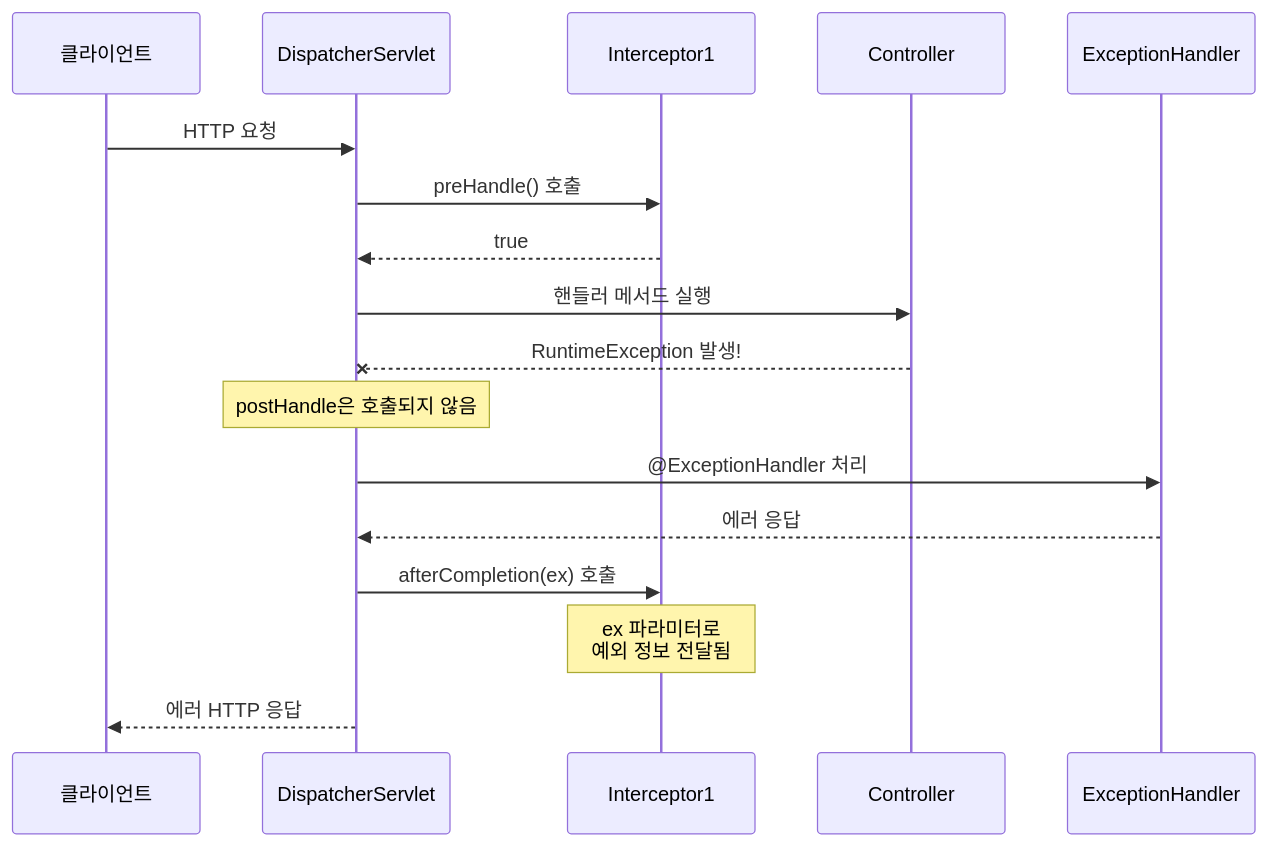
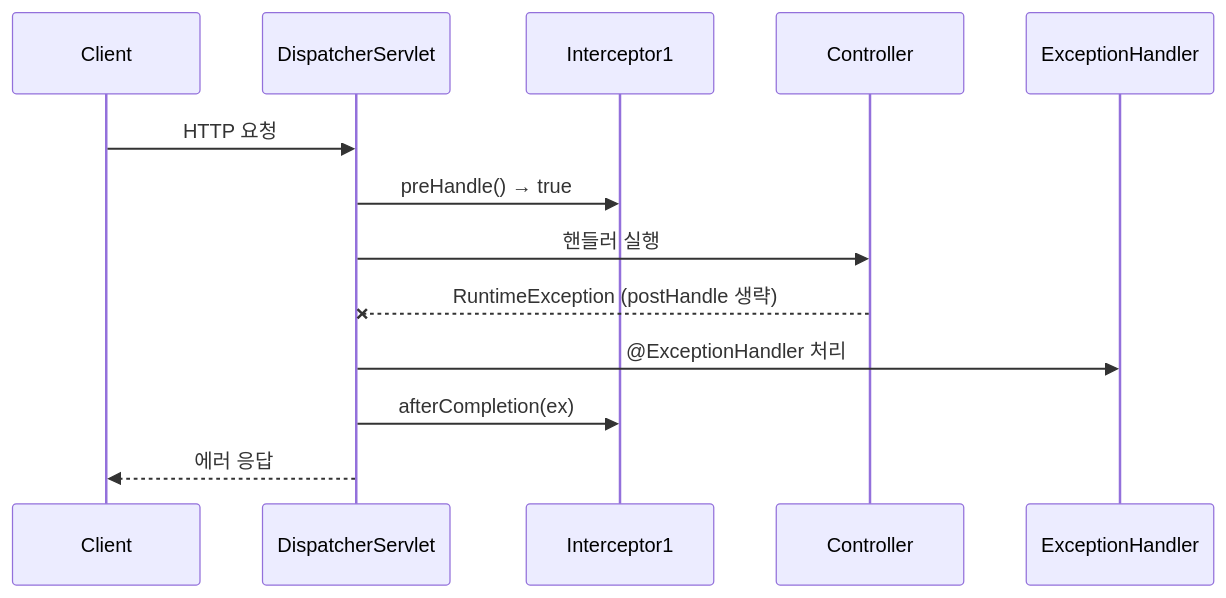
The fifth of 8 diagrams in _posts/spring/2026-05-02-spring-interceptor.md (yjkim2015/yjkim2015.github.io), drawn with Mermaid before and after one commit. The commit also changed other lines of this file and 215 other files, not shown here.

First line of the commit message:
신규 포스트 10개 추가 + Mermaid 전면 축소 + SystemDesign 시리즈 보강

````diff
--- a/_posts/spring/2026-05-02-spring-interceptor.md
+++ b/_posts/spring/2026-05-02-spring-interceptor.md
@@ -419,20 +359,15 @@
 ```mermaid
 sequenceDiagram
-    participant C as 클라이언트
+    participant C as Client
     participant DS as DispatcherServlet
     participant I1 as Interceptor1
     participant CT as Controller
     participant EH as ExceptionHandler
-
     C->>DS: HTTP 요청
-    DS->>I1: preHandle() 호출
-    I1-->>DS: true
-    DS->>CT: 핸들러 메서드 실행
-    CT--xDS: RuntimeException 발생!
-    Note over DS: postHandle은 호출되지 않음
+    DS->>I1: preHandle() → true
+    DS->>CT: 핸들러 실행
+    CT--xDS: RuntimeException (postHandle 생략)
     DS->>EH: @ExceptionHandler 처리
-    EH-->>DS: 에러 응답
-    DS->>I1: afterCompletion(ex) 호출
-    Note over I1: ex 파라미터로<br>예외 정보 전달됨
-    DS-->>C: 에러 HTTP 응답
+    DS->>I1: afterCompletion(ex)
+    DS-->>C: 에러 응답
 ```
````
